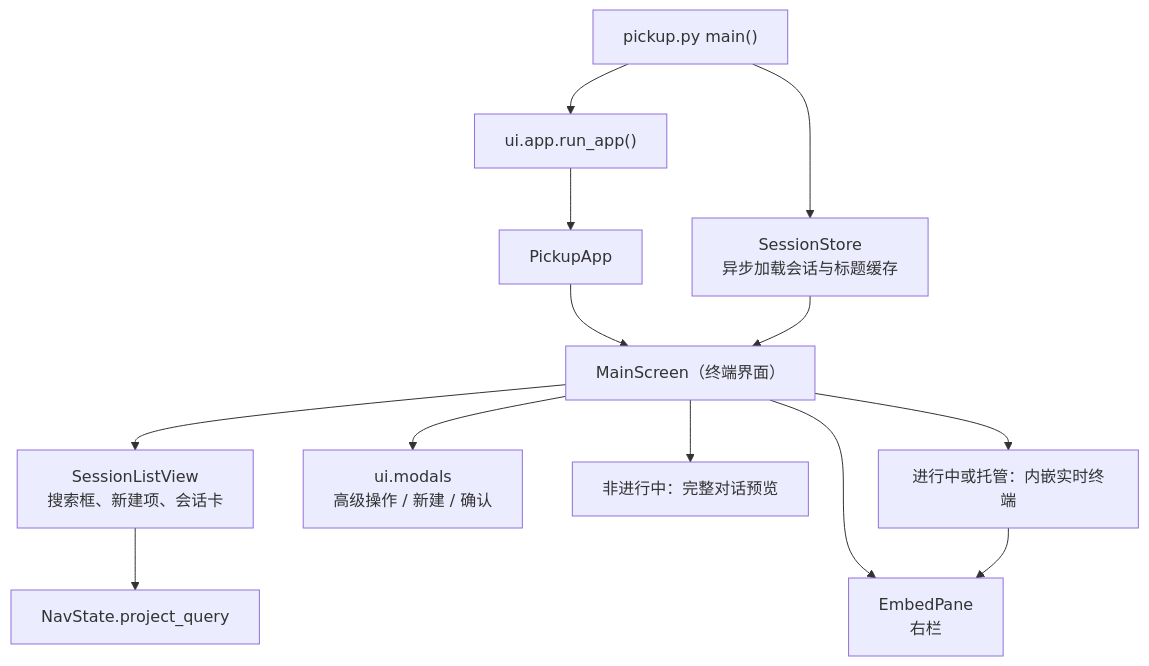
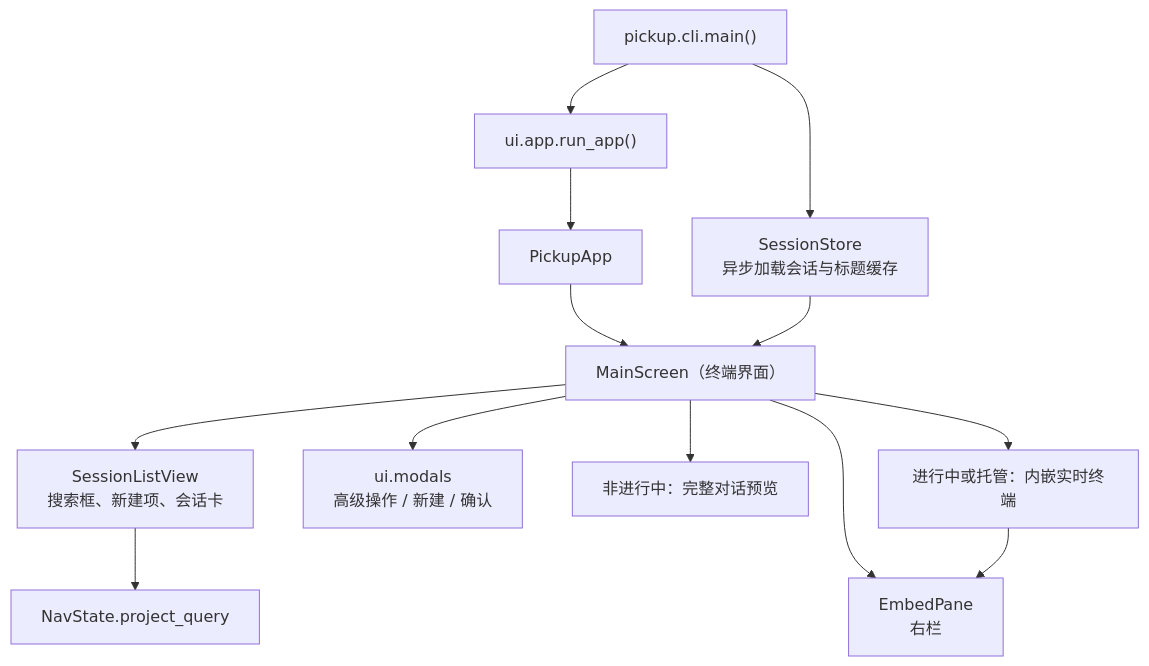
The first of 3 diagrams in docs/TERMINAL_UI_KNOWLEDGE_BASE.md (x0c/session-continue), drawn with Mermaid before and after one commit. The commit also changed other lines of this file and 91 other files, not shown here.

````diff
--- a/docs/TERMINAL_UI_KNOWLEDGE_BASE.md
+++ b/docs/TERMINAL_UI_KNOWLEDGE_BASE.md
@@ -43,15 +43,15 @@
 ```mermaid
 graph TD
-    A["pickup.py main()"] --> B["SessionStore<br/>异步加载会话与标题缓存"]
+    A["pickup.cli.main()"] --> B["SessionStore<br/>异步加载会话与标题缓存"]
     A --> C["ui.app.run_app()"]
     C --> D["PickupApp"]
     D --> E["MainScreen（终端界面）"]
     E --> F["SessionListView<br/>搜索框、新建项、会话卡"]
     E --> G["EmbedPane<br/>右栏"]
     F --> H["NavState.project_query"]
     E --> I["ui.modals<br/>高级操作 / 新建 / 确认"]
     B --> E
     E --> J["非进行中：完整对话预览"]
     E --> K["进行中或托管：内嵌实时终端"]
     K --> G
 ```
````
